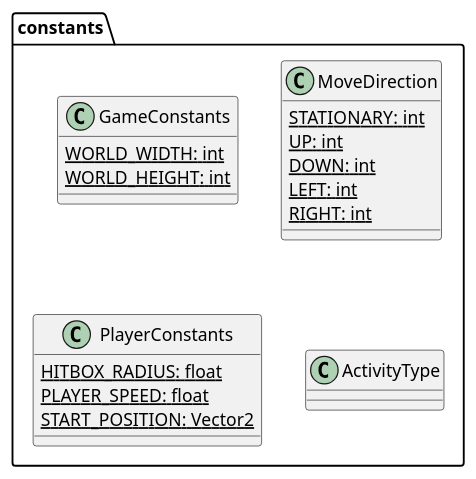
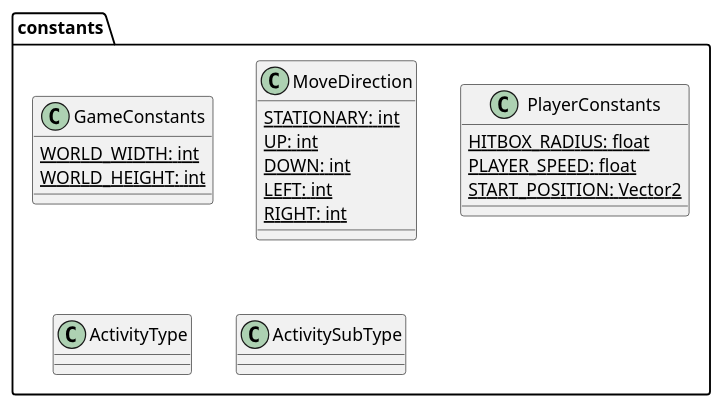
Before and after one commit to ENG1-Group-9-2024/Heslington-Hustle-2: the diagram in architecture/constants.puml, drawn with PlantUML. The commit also changed 15 other files, not shown here.

```diff
--- a/architecture/constants.puml
+++ b/architecture/constants.puml
@@ -1,25 +1,27 @@
 @startuml
 
 package constants {
     class GameConstants {
         {static} WORLD_WIDTH: int
         {static} WORLD_HEIGHT: int
     }
 
     class MoveDirection {
         {static} STATIONARY: int
         {static} UP: int
         {static} DOWN: int
         {static} LEFT: int
         {static} RIGHT: int
     }
 
     class PlayerConstants {
         {static} HITBOX_RADIUS: float
         {static} PLAYER_SPEED: float
         {static} START_POSITION: Vector2
     }
 
     class ActivityType{}
+
+    class ActivitySubType{}
 }
 @enduml
```
